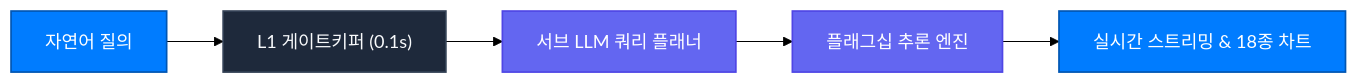
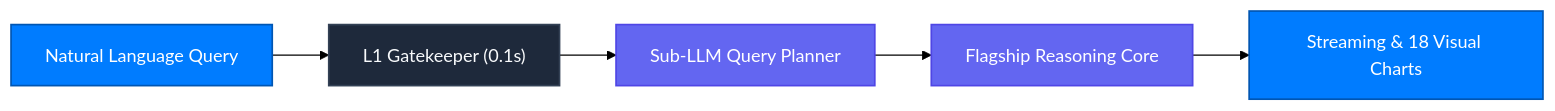
The diagram in guide/agent/manual.mdx (Connex-Brothers-Consulting-Group/cbcg-hs-connex-docs), drawn with Mermaid (forest theme) before and after one commit. The commit also changed other lines of this file and 30 other files, not shown here.

````diff
--- a/guide/agent/manual.mdx
+++ b/guide/agent/manual.mdx
@@ -9,11 +9,11 @@
 ```mermaid
 graph LR
     classDef primary fill:#007CFF,stroke:#0056B3,stroke-width:1.5px,color:#FFFFFF;
     classDef enterprise fill:#1E293B,stroke:#334155,stroke-width:1.5px,color:#F8FAFC;
     classDef ai fill:#6366F1,stroke:#4F46E5,stroke-width:1.5px,color:#FFFFFF;
 
-    Q["자연어 질의"]:::primary --> Gate["L1 게이트키퍼 (0.1s)"]:::enterprise
-    Gate --> Planner["서브 LLM 쿼리 플래너"]:::ai
-    Planner --> Exec["플래그십 추론 엔진"]:::ai
-    Exec --> Out["실시간 스트리밍 & 18종 차트"]:::primary
+    Q["Natural Language Query"]:::primary --> Gate["L1 Gatekeeper (0.1s)"]:::enterprise
+    Gate --> Planner["Sub-LLM Query Planner"]:::ai
+    Planner --> Exec["Flagship Reasoning Core"]:::ai
+    Exec --> Out["Streaming & 18 Visual Charts"]:::primary
 ```
````
